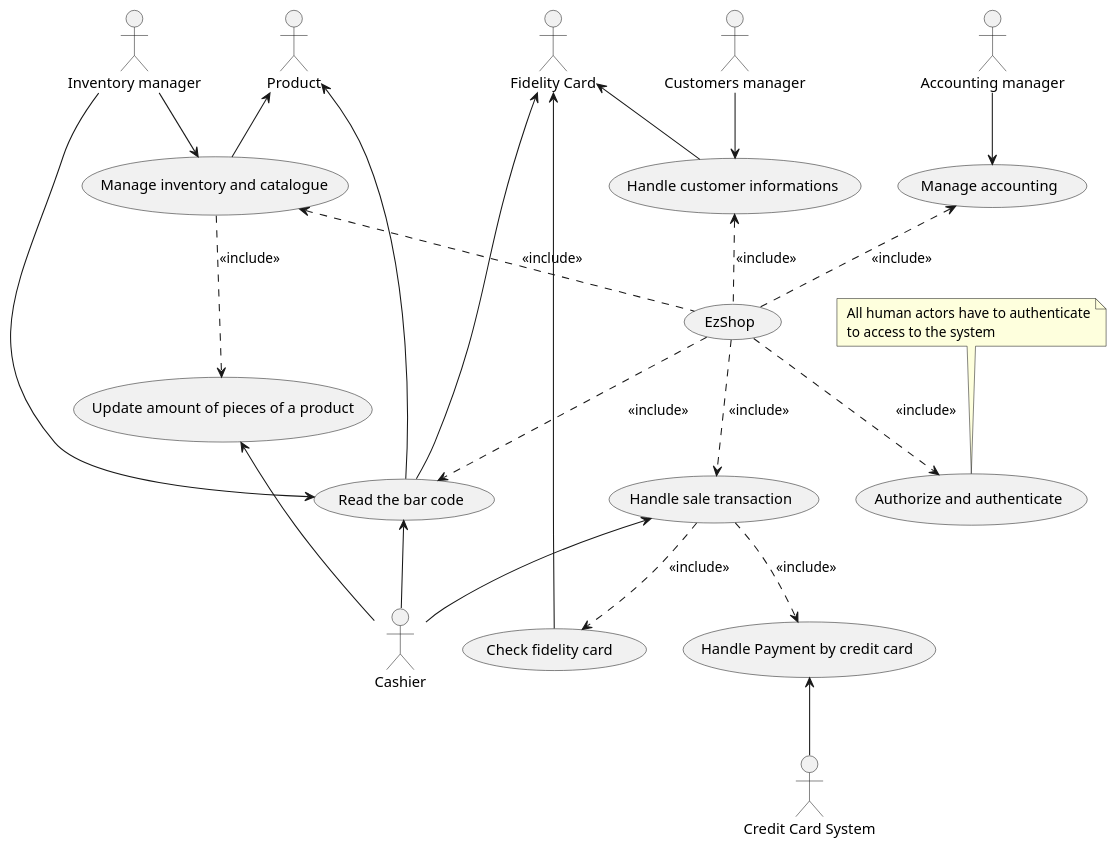
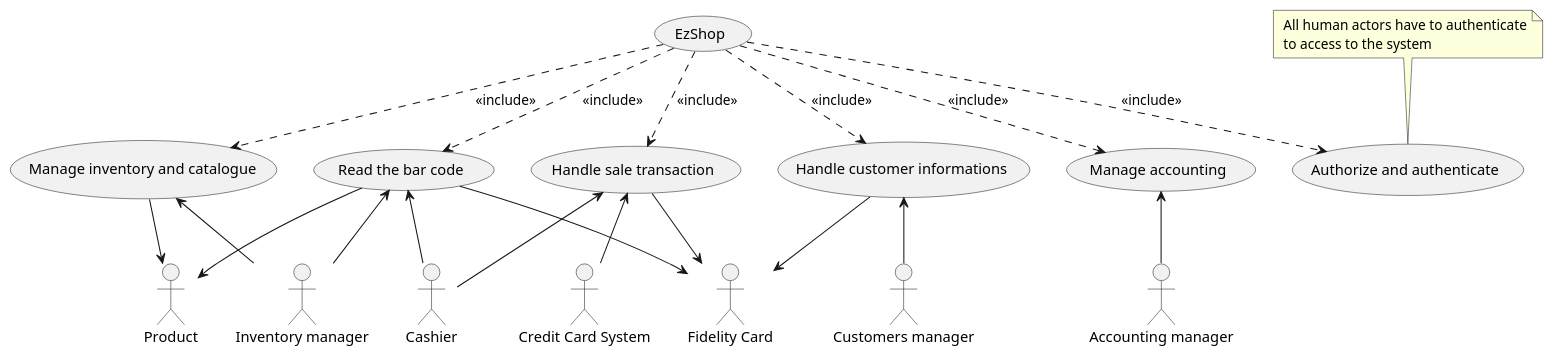
Before and after one commit to GrayNeel/SoftEngProject-EZShop: the second of 2 diagrams in Deliverables/RequirementsDocument.md, drawn with PlantUML. The commit also changed other lines of this file, not shown here.

````diff
--- a/Deliverables/RequirementsDocument.md
+++ b/Deliverables/RequirementsDocument.md
@@ -175,59 +175,65 @@
 ```plantuml
 @startuml
 
 actor Cashier as c
 actor Product as p
 actor "Inventory manager" as im
 actor "Customers manager" as cm
 actor "Accounting manager" as am
 actor "Credit Card System" as cs
 actor "Fidelity Card" as fc
 
 (EzShop) as (ez)
 
 (Authorize and authenticate) as (aa)
 (Handle customer informations) as (hci)
 (Manage inventory and catalogue) as (mic)
 (Read the bar code) as (rbc)
 (Handle sale transaction) as (hst)
 (Manage accounting) as (ma)
 
-(Update amount of pieces of a product) as (uapp)
+/'(Update amount of pieces of a product) as (uapp)
 (Handle Payment by credit card) as (hpcc)
-(Check fidelity card ) as (cfc)
+(Check fidelity card ) as (cfc)'/
 
 note " All human actors have to authenticate\n to access to the system  " as n1
 
 n1 --> aa
 
 
-(ez) .down.> (aa) : <<include>>
-(ez) .up.> (hci) : <<include>>
-(ez) .up.> (mic) : <<include>>
-(ez) .down.> (rbc) : <<include>>
-(ez) .down.> (hst) : <<include>>
-(ez) .up.> (ma) : <<include>>
+(ez) ..> (aa) : <<include>>
+(ez) ..> (hci) : <<include>>
+(ez) ..> (mic) : <<include>>
+(ez) ..> (rbc) : <<include>>
+(ez) ..> (hst) : <<include>>
+(ez) ..> (ma) : <<include>>
 
-(mic) ..> (uapp) : <<include>>
+/'(mic) ..> (uapp) : <<include>>
 (hst) ..> (hpcc) : <<include>>
-(hst) ..> (cfc) : <<include>>
+(hst) ..> (cfc) : <<include>>'/
 
 c -up-> (hst)
 c -up-> (rbc) 
-c -up-> (uapp) 
+/'c --> (uapp)'/ 
 
-am --> (ma)
-im --> (mic)
-im --> (rbc)
+cm -up-> (hci)
+am -up-> (ma)
+im -up-> (mic)
+im -up-> (rbc)
 
-cm --> (hci)
 
-p <-- (rbc)
-p <-- (mic)
-cs -up-> (hpcc)
-fc <-- (cfc)
-fc <-- (rbc)
-fc <-- (hci)
+
+p <-up- (rbc)
+p <-up- (mic)
+
+cs -up-> (hst)
+/'cs -up-> (hpcc)'/
+
+fc <-up- (hst)
+/'fc <-- (cfc)'/
+
+fc <-up- (rbc)
+fc <-up- (hci)
 
 @enduml
 ```
````
